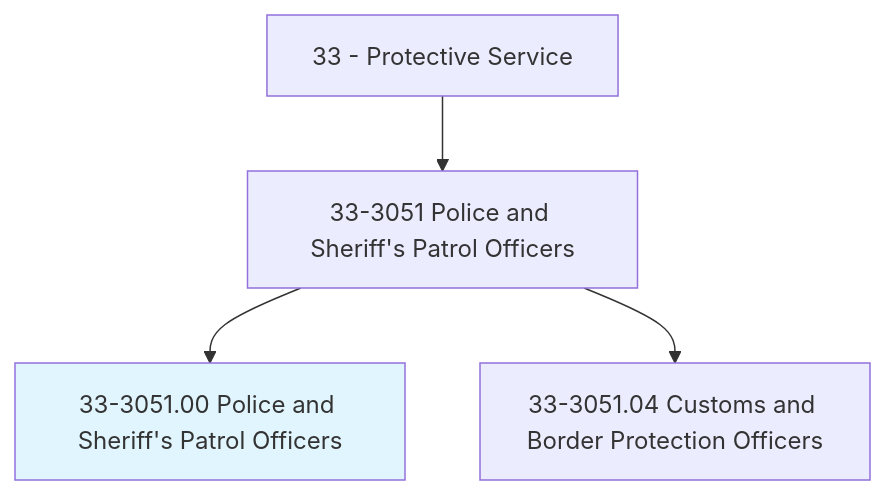
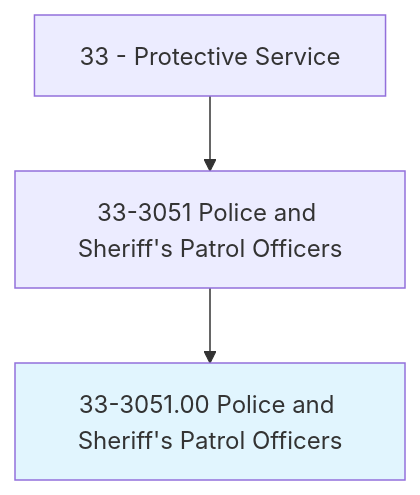
One commit to kziemski/business.org.ai changed the first of 4 diagrams in occupations/PublicSafety/PoliceAndSheriffSPatrolOfficers.mdx. Above: the diagram before and after it, drawn with Mermaid. The commit also changed other lines of this file and 938 other files, not shown here.

````diff
--- a/occupations/PublicSafety/PoliceAndSheriffSPatrolOfficers.mdx
+++ b/occupations/PublicSafety/PoliceAndSheriffSPatrolOfficers.mdx
@@ -19,7 +23,6 @@
 ```mermaid
 graph TD
     Cat33["33 - Protective Service"] --> Group333051["33-3051 Police and Sheriff's Patrol Officers"]
     Group333051 --> Current["33-3051.00 Police and Sheriff's Patrol Officers"]
     style Current fill:#e1f5fe
-    Group333051 --> V33305104["33-3051.04 Customs and Border Protection Officers"]
 ```
````
